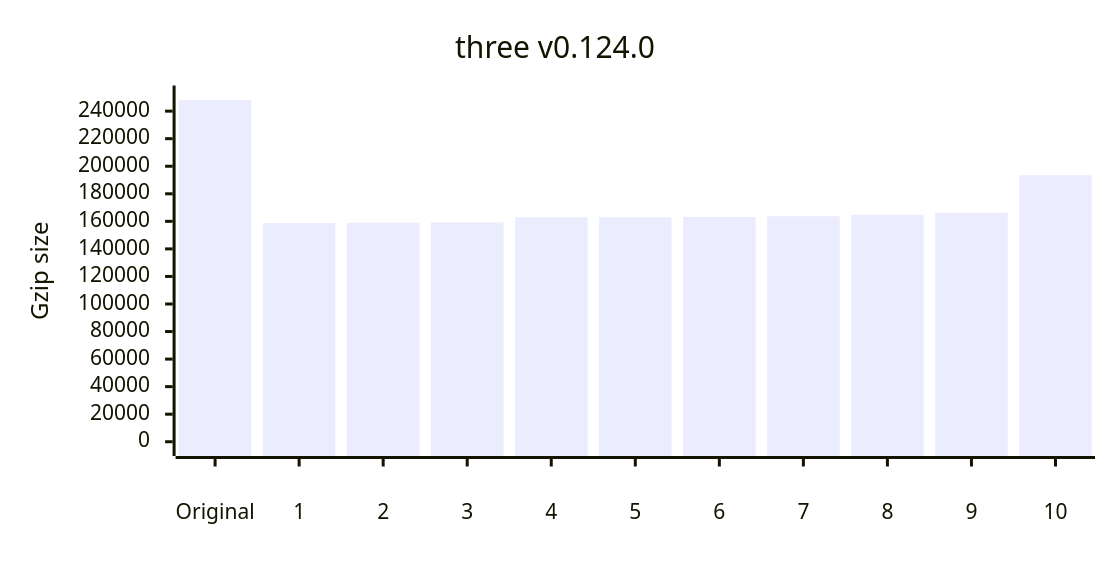
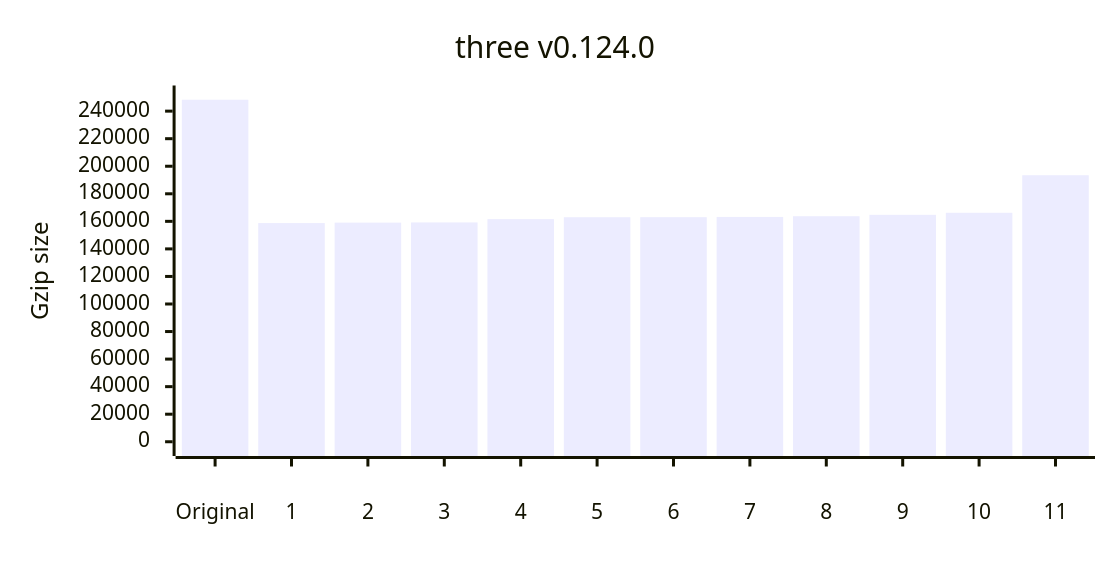
Before and after one commit to privatenumber/minification-benchmarks: the eighth of 12 diagrams in README.md, drawn with Mermaid. The commit also changed other lines of this file and 1 other file, not shown here.

````diff
--- a/README.md
+++ b/README.md
@@ -342,17 +350,17 @@
 ```mermaid
 ---
 config:
     xyChart:
         width: 720
         height: 360
         xAxis:
             labelPadding: 20
         yAxis:
             labelPadding: 10
 ---
 xychart-beta
 	title "three v0.124.0"
-	x-axis ["Original",1,2,3,4,5,6,7,8,9,10]
+	x-axis ["Original",1,2,3,4,5,6,7,8,9,10,11]
 	y-axis "Gzip size" 0 --> 248267
-	bar [248267,158750,159071,159198,162998,163036,163198,163725,164737,166210,193471]
+	bar [248267,158750,159071,159198,161593,162998,163036,163198,163725,164737,166210,193471]
 ```
````
